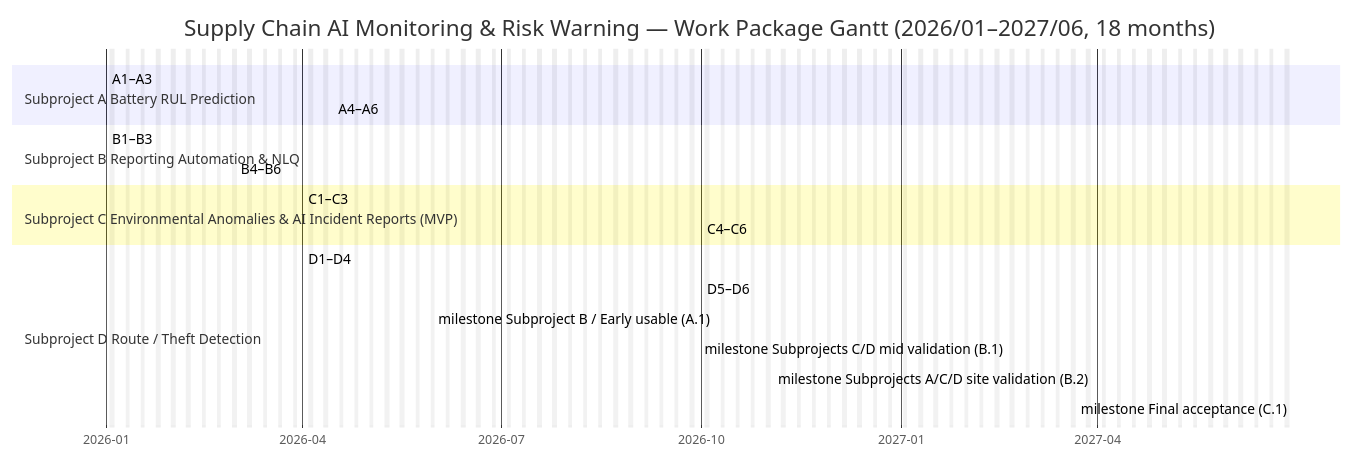
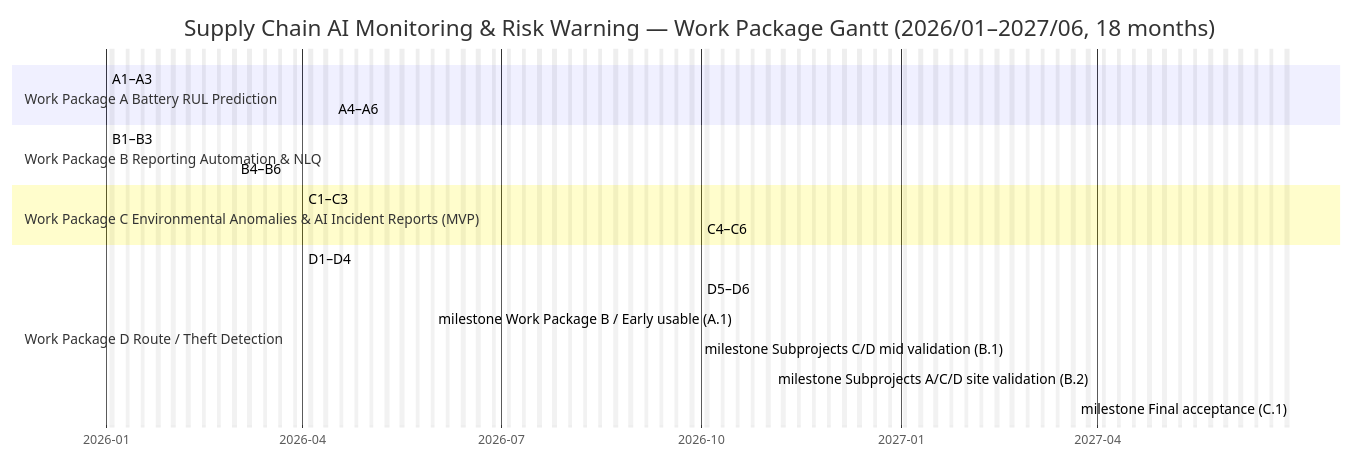
The tenth of 10 diagrams in proposal/AI-Application-Enhancement-Program-Proposal-Submission.md (jshuo/ai-moea-proposal), drawn with Mermaid before and after one commit. The commit also changed other lines of this file, not shown here.

Commit message:
Update proposal terminology from 'Subproject' to 'Work Package' for consistency and clarity throughout the document

````diff
--- a/proposal/AI-Application-Enhancement-Program-Proposal-Submission.md
+++ b/proposal/AI-Application-Enhancement-Program-Proposal-Submission.md
@@ -861,28 +861,28 @@
 ```mermaid
 gantt
   title Supply Chain AI Monitoring & Risk Warning — Work Package Gantt (2026/01–2027/06, 18 months)
   dateFormat  YYYY-MM-DD
   axisFormat  %Y-%m
   excludes    weekends
 
-  section Subproject A Battery RUL Prediction
+  section Work Package A Battery RUL Prediction
   A1–A3: Battery life models & data pipelines      :a1, 2026-01-01, 4m
   A4–A6: RUL/TFT & survival analysis               :a2, 2026-04-15, 6m
 
-  section Subproject B Reporting Automation & NLQ
+  section Work Package B Reporting Automation & NLQ
   B1–B3: NL-to-SQL & RAG                           :b1, 2026-01-01, 3.5m
   B4–B6: Auto reporting & Executive Alert          :b2, 2026-03-01, 2.5m
 
-  section Subproject C Environmental Anomalies & AI Incident Reports (MVP)
+  section Work Package C Environmental Anomalies & AI Incident Reports (MVP)
   C1–C3: Rules/change-points & event alignment     :c1, 2026-04-01, 8m
   C4–C6: Alert → AI report integration & explainability :c2, 2026-10-01, 4m
 
-  section Subproject D Route / Theft Detection
+  section Work Package D Route / Theft Detection
   D1–D4: LSTM/graph models & dynamic alerts        :d1, 2026-04-01, 9m
   D5–D6: Adaptive sampling & deployment            :d2, 2026-10-01, 5m
 
-  milestone Subproject B / Early usable (A.1)      :m1, 2026-05-31, 0d
+  milestone Work Package B / Early usable (A.1)      :m1, 2026-05-31, 0d
   milestone Subprojects C/D mid validation (B.1)   :m2, 2026-09-30, 0d
   milestone Subprojects A/C/D site validation (B.2):m3, 2027-03-31, 0d
   milestone Final acceptance (C.1)                 :m4, 2027-06-30, 0d
 ```
````
